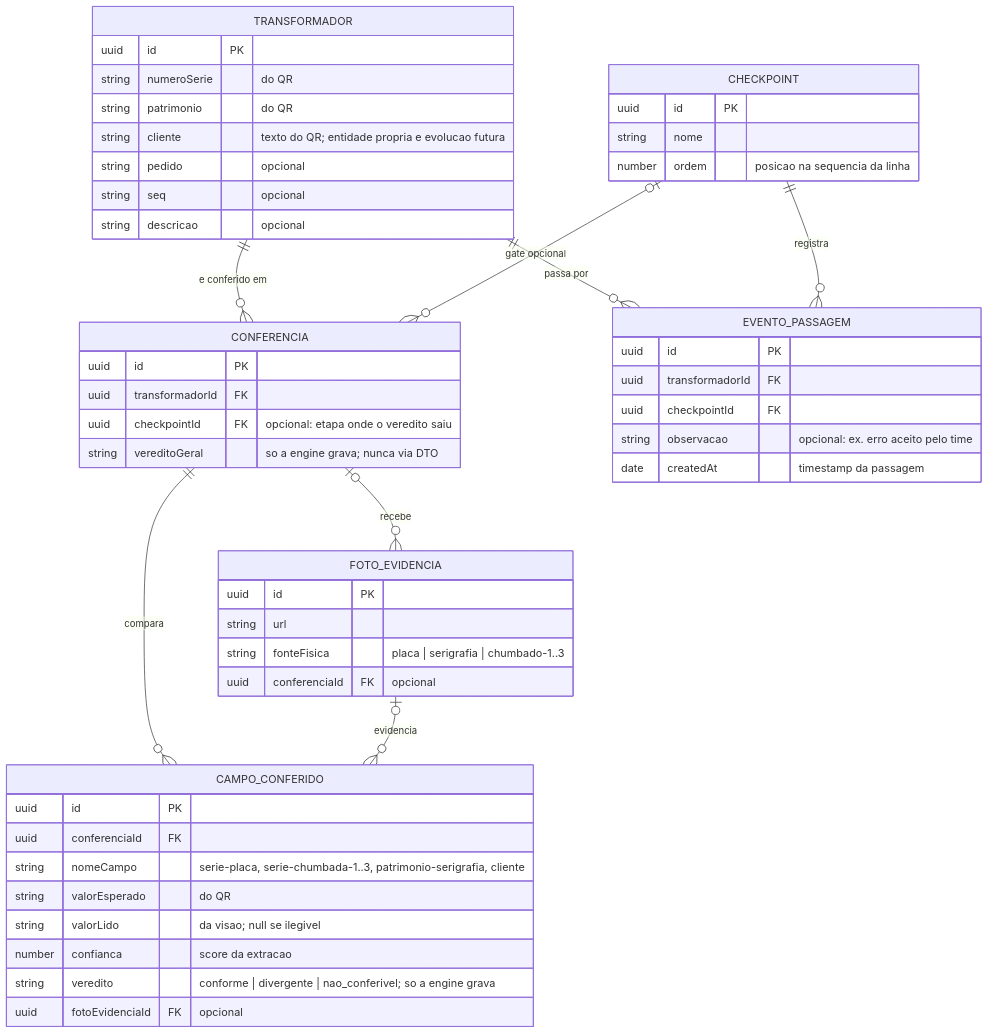
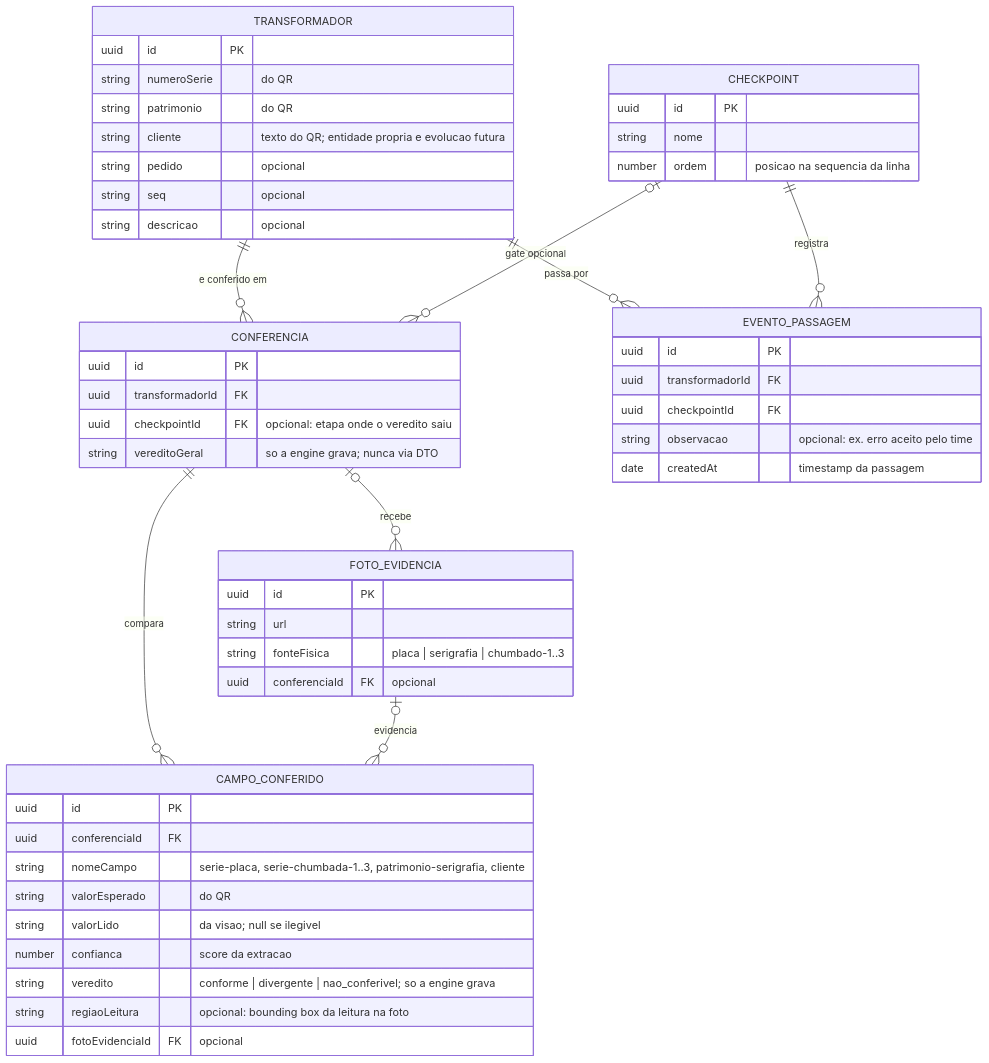
One commit to vctorgriggi/HackStars-Equipe3 changed the diagram in SPEC.md. Above: the diagram before and after it, drawn with Mermaid. The commit also changed other lines of this file and 8 other files, not shown here.

First line of the commit message:
feat: regiaoLeitura (bounding box) em CampoConferido; posicional em dois níveis

````diff
--- a/SPEC.md
+++ b/SPEC.md
@@ -65,54 +67,55 @@
 ```mermaid
 erDiagram
     TRANSFORMADOR ||--o{ CONFERENCIA : "e conferido em"
     TRANSFORMADOR ||--o{ EVENTO_PASSAGEM : "passa por"
     CHECKPOINT ||--o{ EVENTO_PASSAGEM : "registra"
     CHECKPOINT |o--o{ CONFERENCIA : "gate opcional"
     CONFERENCIA ||--o{ CAMPO_CONFERIDO : "compara"
     CONFERENCIA |o--o{ FOTO_EVIDENCIA : "recebe"
     FOTO_EVIDENCIA |o--o{ CAMPO_CONFERIDO : "evidencia"
 
     TRANSFORMADOR {
         uuid id PK
         string numeroSerie "do QR"
         string patrimonio "do QR"
         string cliente "texto do QR; entidade propria e evolucao futura"
         string pedido "opcional"
         string seq "opcional"
         string descricao "opcional"
     }
     CHECKPOINT {
         uuid id PK
         string nome
         number ordem "posicao na sequencia da linha"
     }
     CONFERENCIA {
         uuid id PK
         uuid transformadorId FK
         uuid checkpointId FK "opcional: etapa onde o veredito saiu"
         string vereditoGeral "so a engine grava; nunca via DTO"
     }
     CAMPO_CONFERIDO {
         uuid id PK
         uuid conferenciaId FK
         string nomeCampo "serie-placa, serie-chumbada-1..3, patrimonio-serigrafia, cliente"
         string valorEsperado "do QR"
         string valorLido "da visao; null se ilegivel"
         number confianca "score da extracao"
         string veredito "conforme | divergente | nao_conferivel; so a engine grava"
+        string regiaoLeitura "opcional: bounding box da leitura na foto"
         uuid fotoEvidenciaId FK "opcional"
     }
     FOTO_EVIDENCIA {
         uuid id PK
         string url
         string fonteFisica "placa | serigrafia | chumbado-1..3"
         uuid conferenciaId FK "opcional"
     }
     EVENTO_PASSAGEM {
         uuid id PK
         uuid transformadorId FK
         uuid checkpointId FK
         string observacao "opcional: ex. erro aceito pelo time"
         date createdAt "timestamp da passagem"
     }
 ```
````
